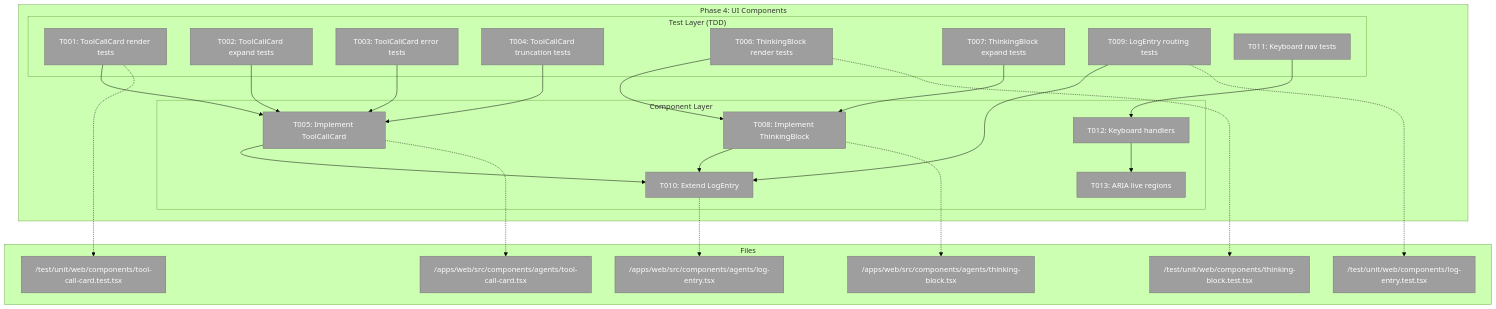
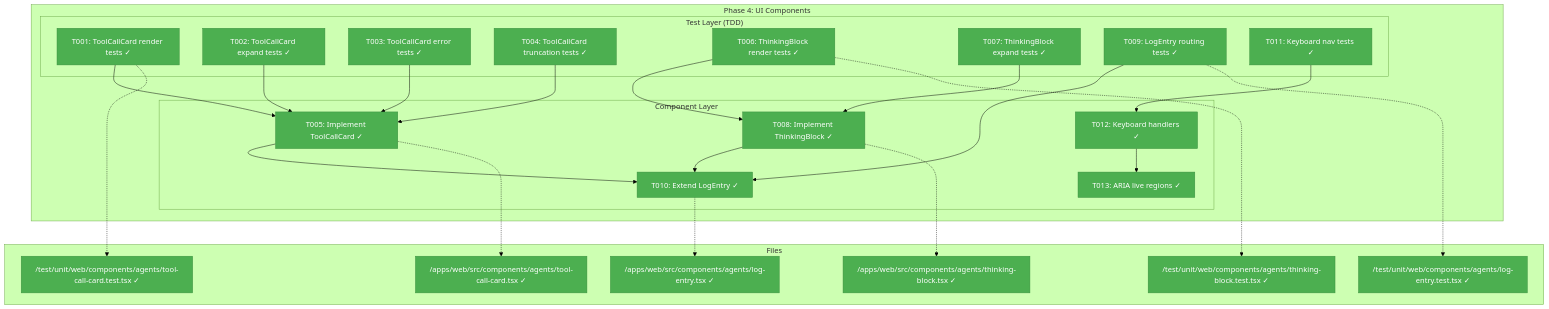
One commit to AI-Substrate/chainglass changed the first of 4 diagrams in docs/plans/015-better-agents/tasks/phase-4-ui-components/tasks.md. Above: the diagram before and after it, drawn with Mermaid (forest theme). The commit also changed other lines of this file and 7 other files, not shown here.

First line of the commit message:
feat(015): Phase 4 UI Components - ToolCallCard, ThinkingBlock, LogEntry routing

````diff
--- a/docs/plans/015-better-agents/tasks/phase-4-ui-components/tasks.md
+++ b/docs/plans/015-better-agents/tasks/phase-4-ui-components/tasks.md
@@ -138,56 +138,56 @@
 ```mermaid
 flowchart TD
     classDef pending fill:#9E9E9E,stroke:#757575,color:#fff
     classDef inprogress fill:#FF9800,stroke:#F57C00,color:#fff
     classDef completed fill:#4CAF50,stroke:#388E3C,color:#fff
     classDef blocked fill:#F44336,stroke:#D32F2F,color:#fff
 
     subgraph Phase4["Phase 4: UI Components"]
         subgraph Tests["Test Layer (TDD)"]
-            T001["T001: ToolCallCard render tests"]:::pending
-            T002["T002: ToolCallCard expand tests"]:::pending
-            T003["T003: ToolCallCard error tests"]:::pending
-            T004["T004: ToolCallCard truncation tests"]:::pending
-            T006["T006: ThinkingBlock render tests"]:::pending
-            T007["T007: ThinkingBlock expand tests"]:::pending
-            T009["T009: LogEntry routing tests"]:::pending
-            T011["T011: Keyboard nav tests"]:::pending
+            T001["T001: ToolCallCard render tests ✓"]:::completed
+            T002["T002: ToolCallCard expand tests ✓"]:::completed
+            T003["T003: ToolCallCard error tests ✓"]:::completed
+            T004["T004: ToolCallCard truncation tests ✓"]:::completed
+            T006["T006: ThinkingBlock render tests ✓"]:::completed
+            T007["T007: ThinkingBlock expand tests ✓"]:::completed
+            T009["T009: LogEntry routing tests ✓"]:::completed
+            T011["T011: Keyboard nav tests ✓"]:::completed
         end
 
         subgraph Components["Component Layer"]
-            T005["T005: Implement ToolCallCard"]:::pending
-            T008["T008: Implement ThinkingBlock"]:::pending
-            T010["T010: Extend LogEntry"]:::pending
-            T012["T012: Keyboard handlers"]:::pending
-            T013["T013: ARIA live regions"]:::pending
+            T005["T005: Implement ToolCallCard ✓"]:::completed
+            T008["T008: Implement ThinkingBlock ✓"]:::completed
+            T010["T010: Extend LogEntry ✓"]:::completed
+            T012["T012: Keyboard handlers ✓"]:::completed
+            T013["T013: ARIA live regions ✓"]:::completed
         end
 
         T001 --> T005
         T002 --> T005
         T003 --> T005
         T004 --> T005
         T006 --> T008
         T007 --> T008
         T009 --> T010
         T011 --> T012
         T005 --> T010
         T008 --> T010
         T012 --> T013
     end
 
     subgraph Files["Files"]
-        F1["/apps/web/src/components/agents/tool-call-card.tsx"]:::pending
-        F2["/apps/web/src/components/agents/thinking-block.tsx"]:::pending
-        F3["/apps/web/src/components/agents/log-entry.tsx"]:::pending
-        F4["/test/unit/web/components/tool-call-card.test.tsx"]:::pending
-        F5["/test/unit/web/components/thinking-block.test.tsx"]:::pending
-        F6["/test/unit/web/components/log-entry.test.tsx"]:::pending
+        F1["/apps/web/src/components/agents/tool-call-card.tsx ✓"]:::completed
+        F2["/apps/web/src/components/agents/thinking-block.tsx ✓"]:::completed
+        F3["/apps/web/src/components/agents/log-entry.tsx ✓"]:::completed
+        F4["/test/unit/web/components/agents/tool-call-card.test.tsx ✓"]:::completed
+        F5["/test/unit/web/components/agents/thinking-block.test.tsx ✓"]:::completed
+        F6["/test/unit/web/components/agents/log-entry.test.tsx ✓"]:::completed
     end
 
     T005 -.-> F1
     T008 -.-> F2
     T010 -.-> F3
     T001 -.-> F4
     T006 -.-> F5
     T009 -.-> F6
 ```
````
